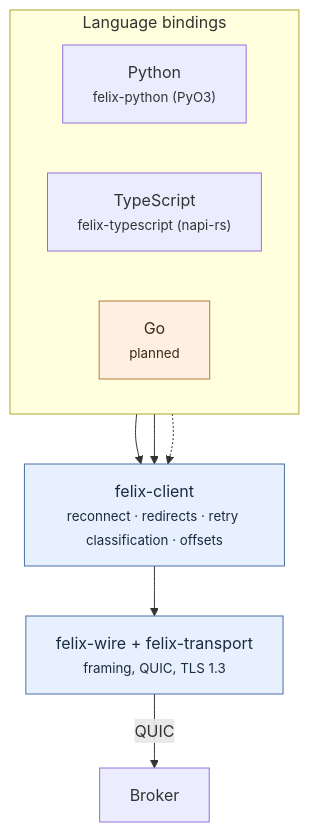
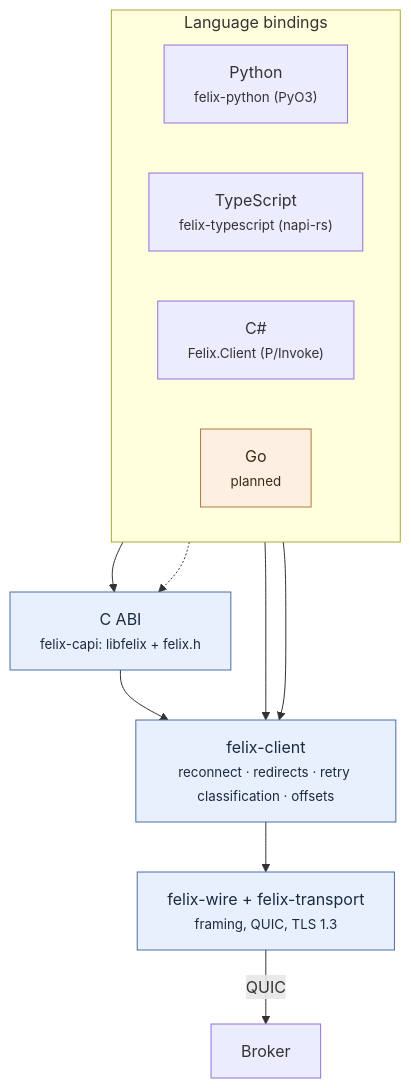
Before and after one commit to GetFelix/felix: the first of 2 diagrams in docs-site/src/content/docs/clients/overview.md, drawn with Mermaid. The commit also changed other lines of this file and 15 other files, not shown here.

````diff
--- a/docs-site/src/content/docs/clients/overview.md
+++ b/docs-site/src/content/docs/clients/overview.md
@@ -25,24 +25,29 @@
 ```mermaid
 flowchart TB
     subgraph langs["Language bindings"]
         direction LR
         PY["Python<br/><small>felix-python (PyO3)</small>"]
         TS["TypeScript<br/><small>felix-typescript (napi-rs)</small>"]
+        CS["C#<br/><small>Felix.Client (P/Invoke)</small>"]
         GO["Go<br/><small>planned</small>"]
     end
+
+    CABI["C ABI<br/><small>felix-capi: libfelix + felix.h</small>"]
 
     CORE["felix-client<br/><small>reconnect · redirects · retry classification · offsets</small>"]
     WIRE["felix-wire + felix-transport<br/><small>framing, QUIC, TLS 1.3</small>"]
     BROKER["Broker"]
 
     PY --> CORE
     TS --> CORE
-    GO -.-> CORE
+    CS --> CABI
+    CABI --> CORE
+    GO -.-> CABI
     CORE --> WIRE
     WIRE -->|QUIC| BROKER
 
     classDef planned fill:#fdf0e3,stroke:#b07d3a,color:#3d2a12
     classDef core fill:#e8f0fe,stroke:#4a6fa5,color:#1a2b40
     class GO planned
-    class CORE,WIRE core
+    class CORE,WIRE,CABI core
 ```
````
